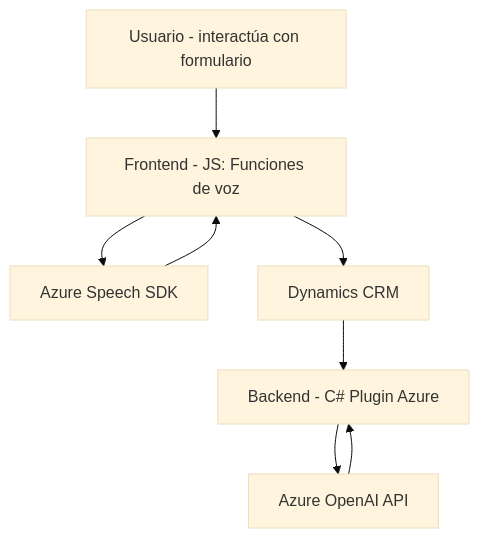
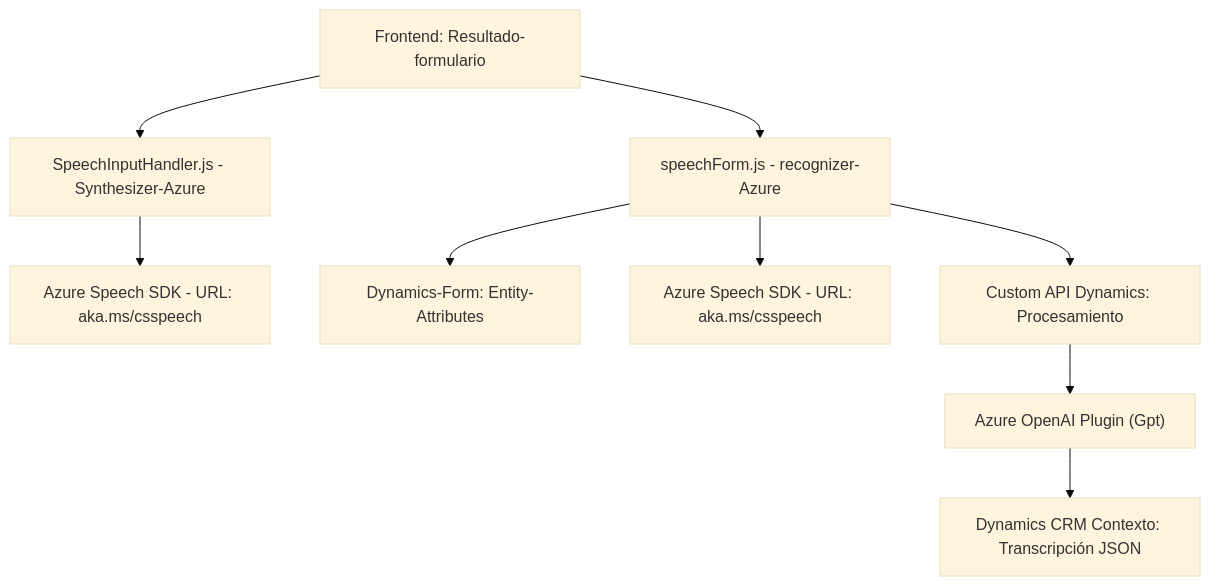
Before and after one commit to blopezdm/NETCORE_BILBAO2025: the diagram in README.md, drawn with Mermaid (base theme). The commit also changed other lines of this file, not shown here.

Commit message:
Actualizar análisis global de la solución con IA

````diff
--- a/README.md
+++ b/README.md
@@ -53,17 +40,11 @@
 ```mermaid
 graph TD
-    A["Frontend - JS: Funciones de voz"]
-    B["Backend - C# Plugin Azure"]
-    C["Azure Speech SDK"]
-    D["Azure OpenAI API"]
-    E["Dynamics CRM"]
-    F["Usuario - interactúa con formulario"]
-
-    F --> A
-    A --> C
-    A --> E
-    C --> A
-    E --> B
-    B --> D
-    D --> B
+    A["Frontend: Resultado-formulario"] --> B["SpeechInputHandler.js - Synthesizer-Azure"]
+    B --> C["Azure Speech SDK - URL: aka.ms/csspeech"]
+    A --> D["speechForm.js - recognizer-Azure"]
+    D --> E["Dynamics-Form: Entity-Attributes"]
+    D --> F["Azure Speech SDK - URL: aka.ms/csspeech"]
+    D --> G["Custom API Dynamics: Procesamiento"]
+    G --> H["Azure OpenAI Plugin (Gpt)"]
+    H --> I["Dynamics CRM Contexto: Transcripción JSON"]
 ```
````
